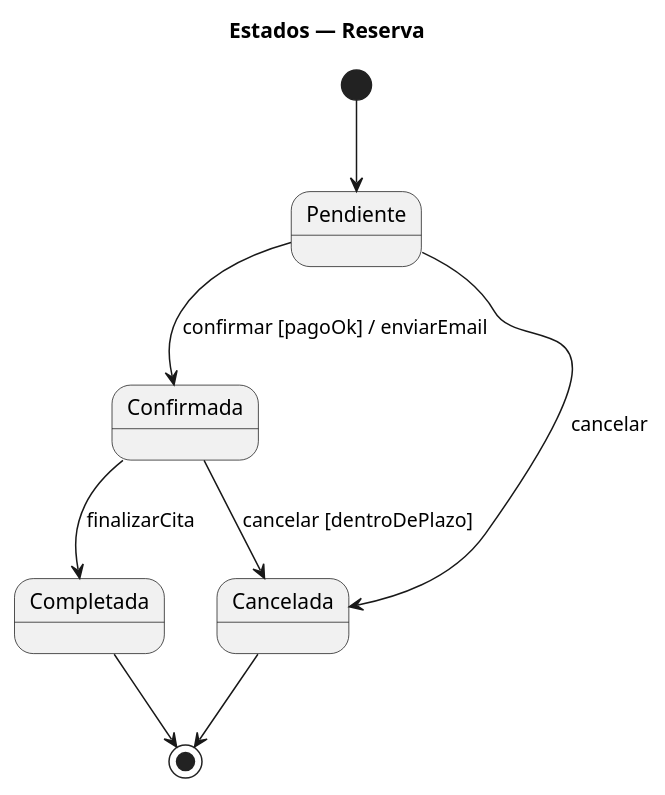
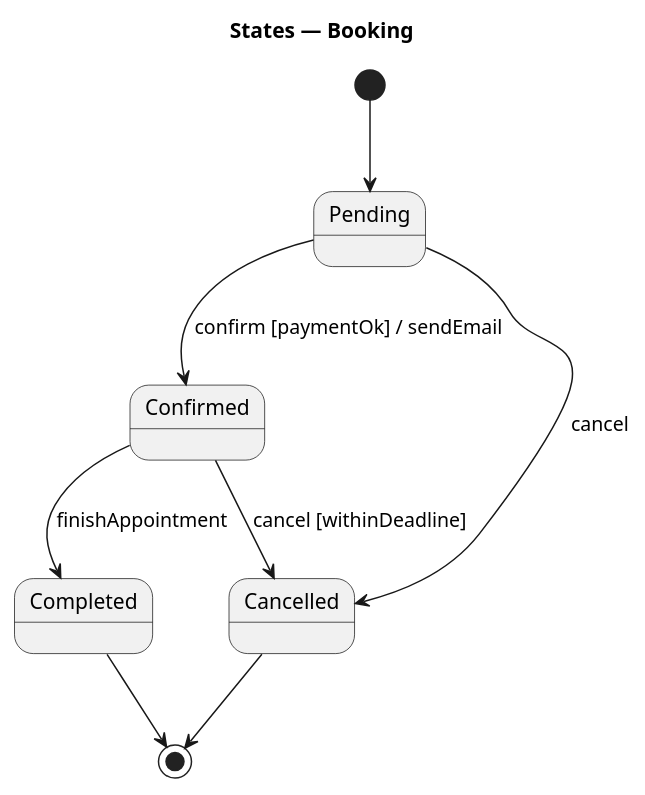
The fifth of 9 diagrams in .claude/rules/plantuml-syntax.md (jose-korvusinc/finalproject-lidr-i4devs), drawn with PlantUML before and after one commit. The commit also changed other lines of this file and 25 other files, not shown here.

Commit message:
Translate names and add analysis class diagram

````diff
--- a/.claude/rules/plantuml-syntax.md
+++ b/.claude/rules/plantuml-syntax.md
@@ -147,12 +147,12 @@
 ```plantuml
 @startuml
-title Estados — Reserva
-[*] --> Pendiente
-Pendiente --> Confirmada : confirmar [pagoOk] / enviarEmail
-Pendiente --> Cancelada : cancelar
-Confirmada --> Completada : finalizarCita
-Confirmada --> Cancelada : cancelar [dentroDePlazo]
-Cancelada --> [*]
-Completada --> [*]
+title States — Booking
+[*] --> Pending
+Pending --> Confirmed : confirm [paymentOk] / sendEmail
+Pending --> Cancelled : cancel
+Confirmed --> Completed : finishAppointment
+Confirmed --> Cancelled : cancel [withinDeadline]
+Cancelled --> [*]
+Completed --> [*]
 @enduml
 ```
````
